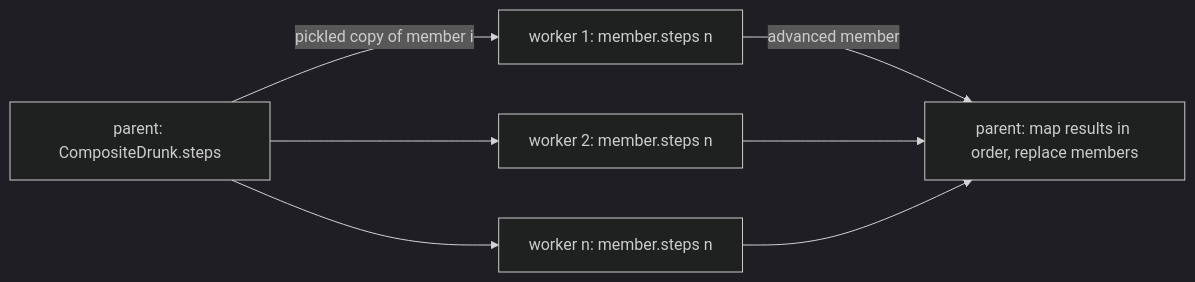
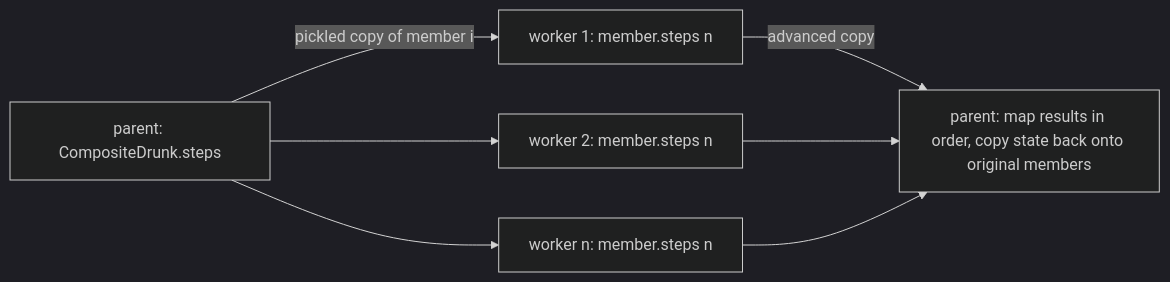
Before and after one commit to michael-mayo/drunk: the second of 2 diagrams in README.md, drawn with Mermaid (dark theme). The commit also changed other lines of this file and 11 other files, not shown here.

````diff
--- a/README.md
+++ b/README.md
@@ -280,9 +302,9 @@
 ```mermaid
 flowchart LR
     P[parent: CompositeDrunk.steps] -->|pickled copy of member i| W1[worker 1: member.steps n]
     P --> W2[worker 2: member.steps n]
     P --> Wn[worker n: member.steps n]
-    W1 -->|advanced member| M[parent: map results in order, replace members]
+    W1 -->|advanced copy| M[parent: map results in order, copy state back onto original members]
     W2 --> M
     Wn --> M
 ```
````
